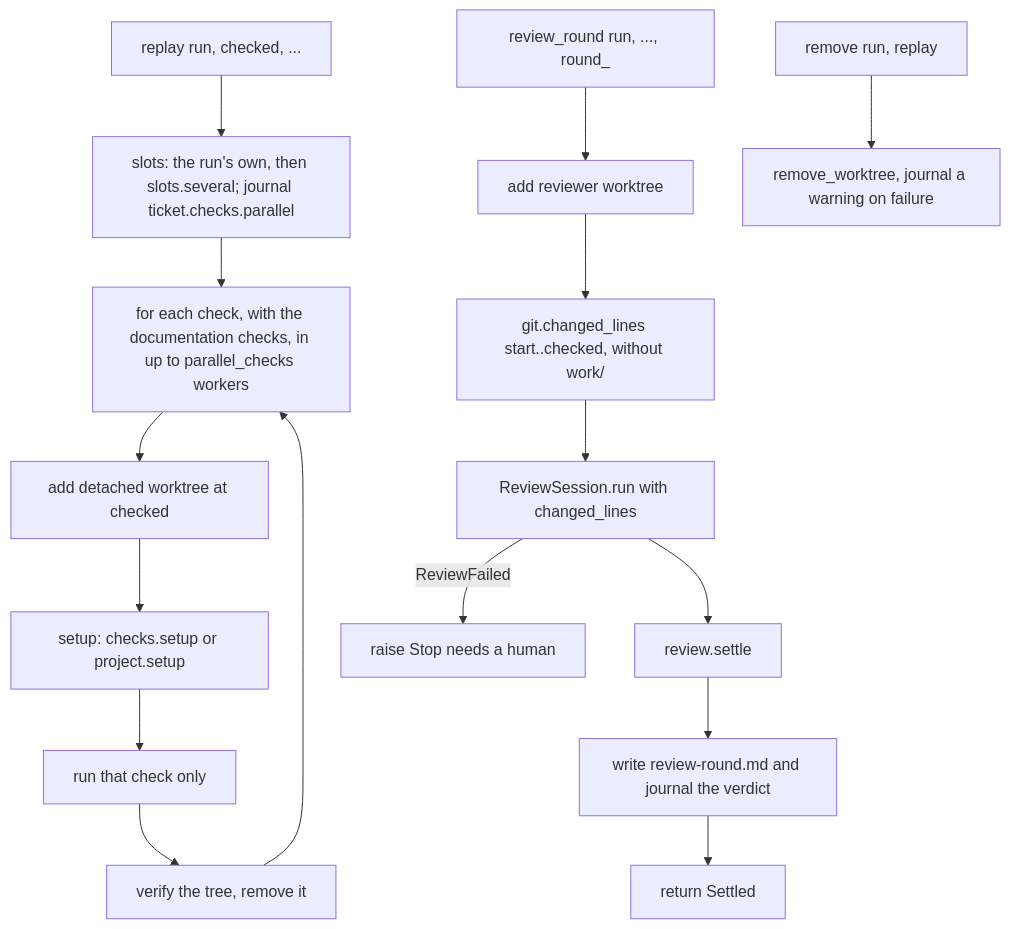
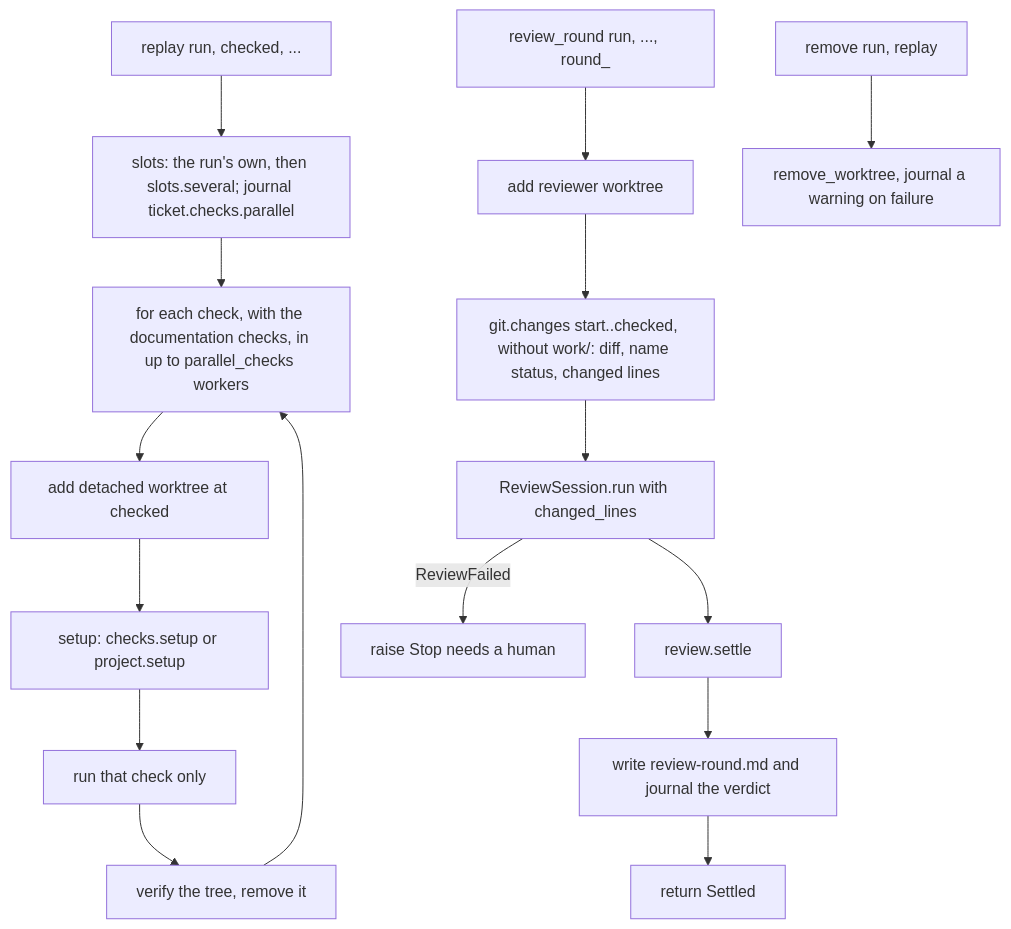
Before and after one commit to plaplanche/ariane: the first of 3 diagrams in docs/architecture/modules/replay.md, drawn with Mermaid. The commit also changed other lines of this file and 12 other files, not shown here.

````diff
--- a/docs/architecture/modules/replay.md
+++ b/docs/architecture/modules/replay.md
@@ -28,18 +28,18 @@
 ```mermaid
 flowchart TD
   A[replay run, checked, ...] --> A2[slots: the run's own, then slots.several; journal ticket.checks.parallel]
   A2 --> B[for each check, with the documentation checks, in up to parallel_checks workers]
   B --> C[add detached worktree at checked]
   C --> D[setup: checks.setup or project.setup]
   D --> E[run that check only]
   E --> F[verify the tree, remove it]
   F --> B
   G[review_round run, ..., round_] --> H[add reviewer worktree]
-  H --> H2[git.changed_lines start..checked, without work/]
+  H --> H2[git.changes start..checked, without work/: diff, name status, changed lines]
   H2 --> I[ReviewSession.run with changed_lines]
   I -- ReviewFailed --> X[raise Stop needs a human]
   I --> J[review.settle]
   J --> K[write review-round.md and journal the verdict]
   K --> L[return Settled]
   M[remove run, replay] --> N[remove_worktree, journal a warning on failure]
 ```
````
